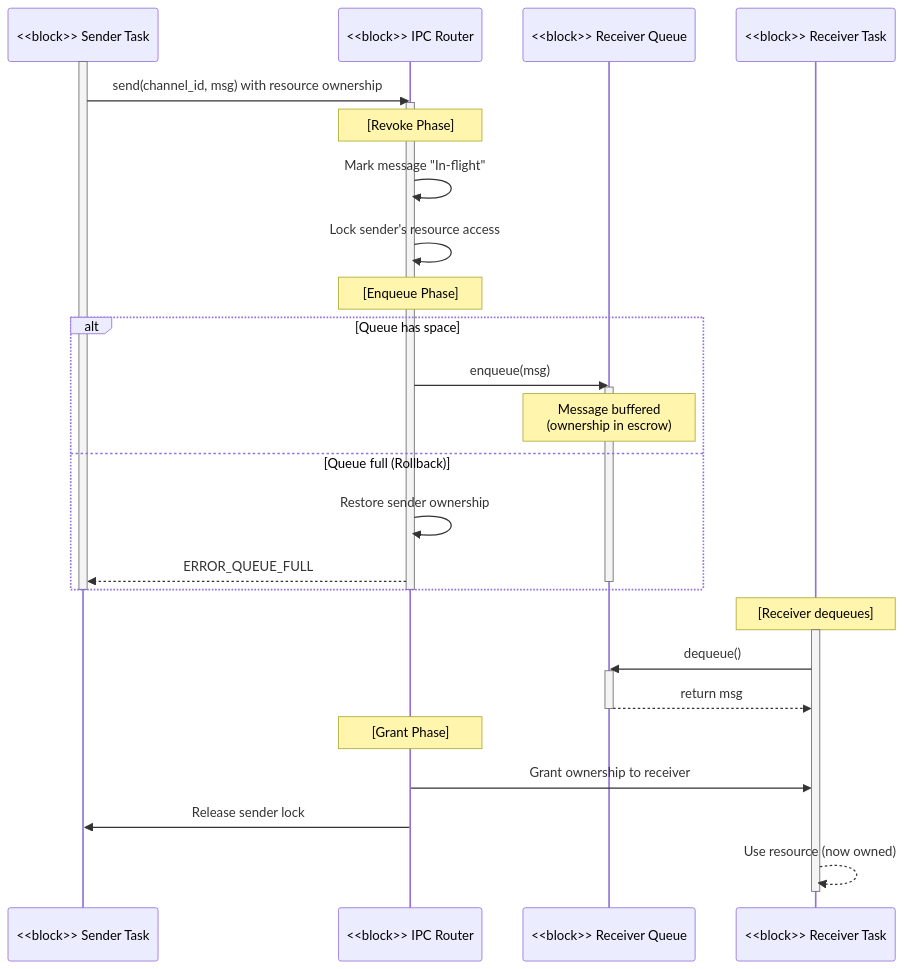
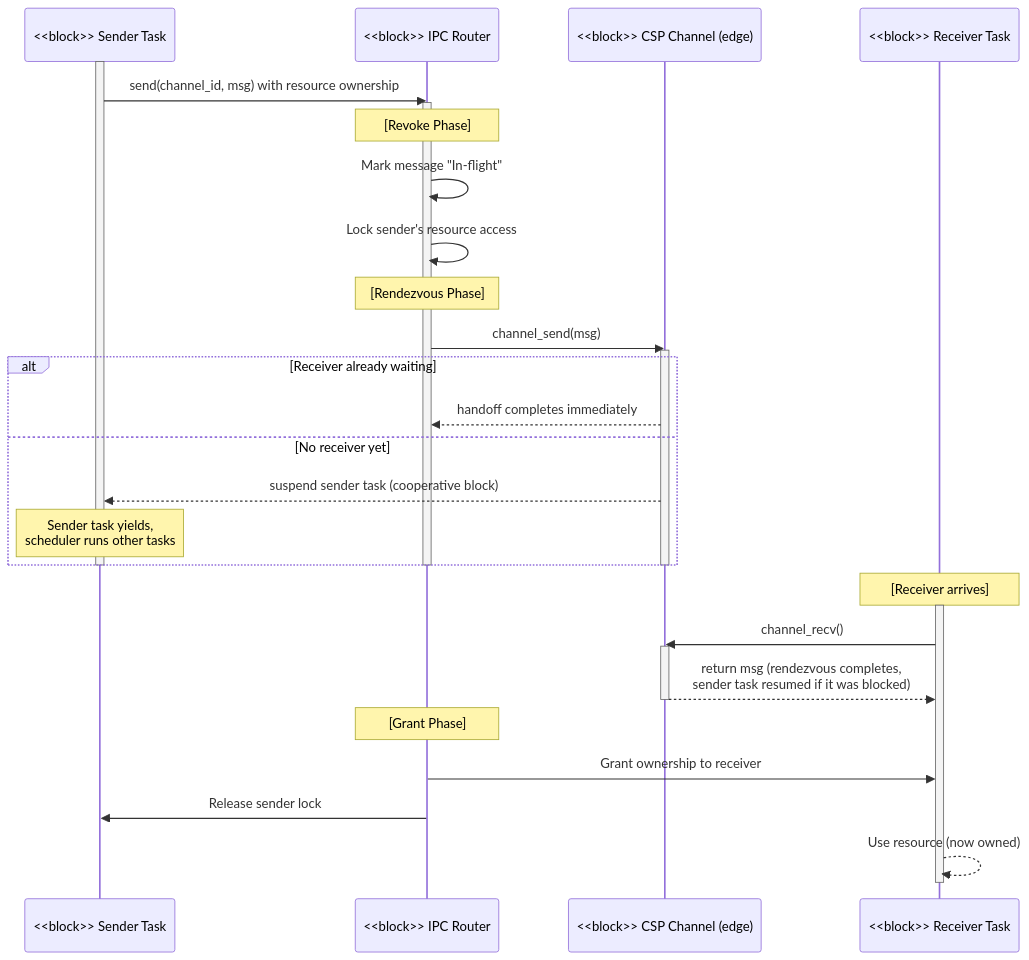
The sixth of 6 diagrams in docs/components/tier1_interface/ipc_router.md (kmt-t/fireball), drawn with Mermaid before and after one commit. The commit also changed other lines of this file and 80 other files, not shown here.

````diff
--- a/docs/components/tier1_interface/ipc_router.md
+++ b/docs/components/tier1_interface/ipc_router.md
@@ -445,43 +443,43 @@
 ```mermaid
 sequenceDiagram
     participant Tx as <<block>> Sender Task
     participant R as <<block>> IPC Router
-    participant Q as <<block>> Receiver Queue
+    participant Ch as <<block>> CSP Channel (edge)
     participant Rx as <<block>> Receiver Task
     
     activate Tx
     Tx->>R: send(channel_id, msg) with resource ownership
     activate R
     
     Note over R: [Revoke Phase]
     R->>R: Mark message "In-flight"
     R->>R: Lock sender's resource access
     
-    Note over R: [Enqueue Phase]
-    alt Queue has space
-        R->>Q: enqueue(msg)
-        activate Q
-        Note over Q: Message buffered<br/>(ownership in escrow)
-    else Queue full (Rollback)
-        R->>R: Restore sender ownership
-        R-->>Tx: ERROR_QUEUE_FULL
-        deactivate Q
+    Note over R: [Rendezvous Phase]
+    R->>Ch: channel_send(msg)
+    activate Ch
+    alt Receiver already waiting
+        Ch-->>R: handoff completes immediately
+    else No receiver yet
+        Ch-->>Tx: suspend sender task (cooperative block)
+        Note over Tx: Sender task yields,<br/>scheduler runs other tasks
     end
+    deactivate Ch
     
     deactivate R
     deactivate Tx
     
-    Note over Rx: [Receiver dequeues]
+    Note over Rx: [Receiver arrives]
     activate Rx
-    Rx->>Q: dequeue()
-    activate Q
-    Q-->>Rx: return msg
-    deactivate Q
+    Rx->>Ch: channel_recv()
+    activate Ch
+    Ch-->>Rx: return msg (rendezvous completes,<br/>sender task resumed if it was blocked)
+    deactivate Ch
     
     Note over R: [Grant Phase]
     R->>Rx: Grant ownership to receiver
     R->>Tx: Release sender lock
     
     Rx-->>Rx: Use resource (now owned)
     deactivate Rx
 ```
````
